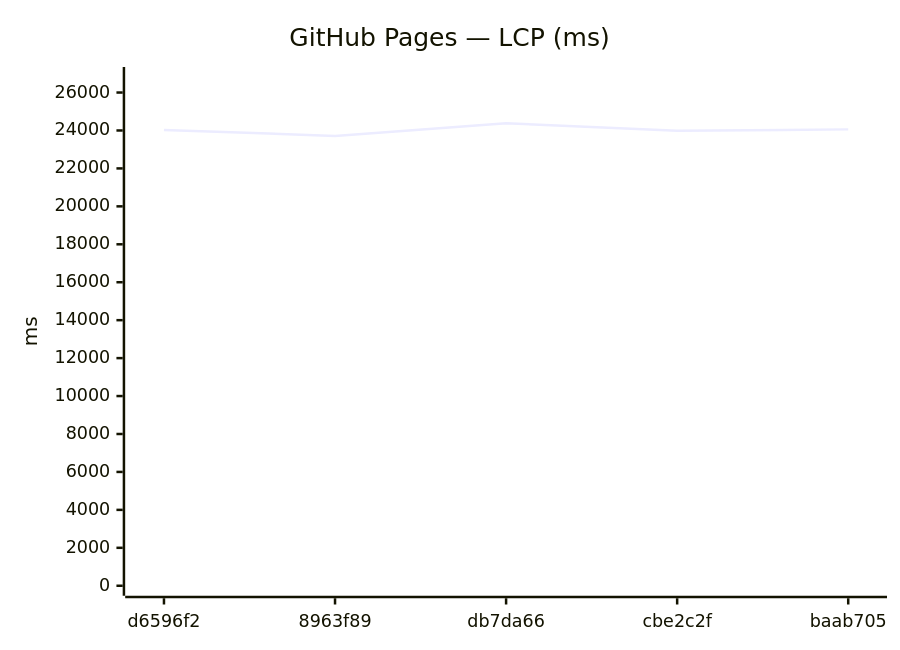
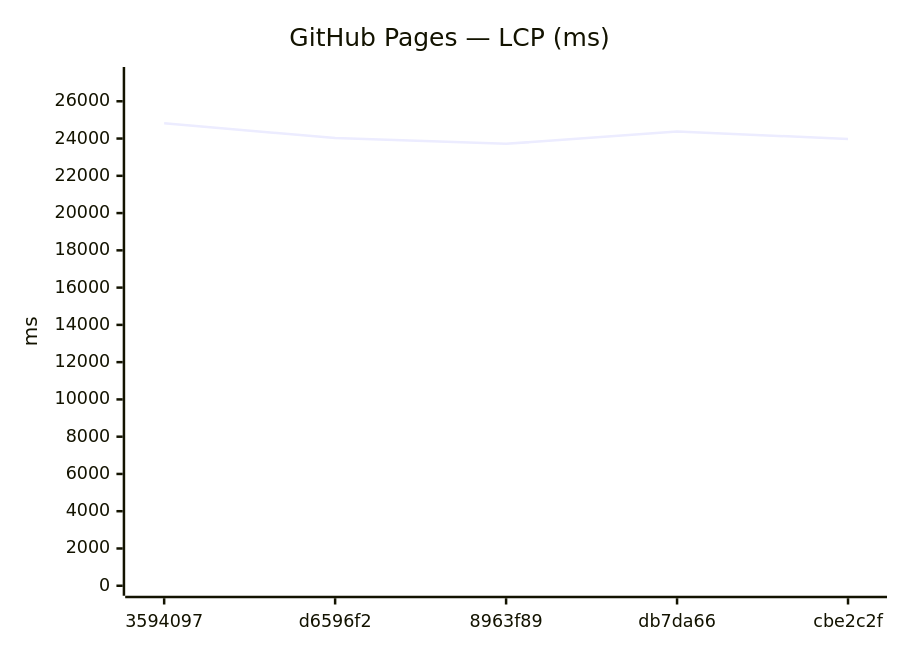
The seventh of 12 diagrams in benchmarks/compare.md (Metaheurist/Rianell), drawn with Mermaid before and after one commit. The commit also changed other lines of this file and 8 other files, not shown here.

````diff
--- a/benchmarks/compare.md
+++ b/benchmarks/compare.md
@@ -107,7 +107,7 @@
 ```mermaid
 xychart-beta
     title "GitHub Pages — LCP (ms)"
-    x-axis ["d6596f2", "8963f89", "db7da66", "cbe2c2f", "baab705"]
-    y-axis "ms" 0 --> 26819
-    line [24030, 23715, 24380, 23980, 24058]
+    x-axis ["3594097", "d6596f2", "8963f89", "db7da66", "cbe2c2f"]
+    y-axis "ms" 0 --> 27303
+    line [24820, 24030, 23715, 24380, 23980]
 ```
````
